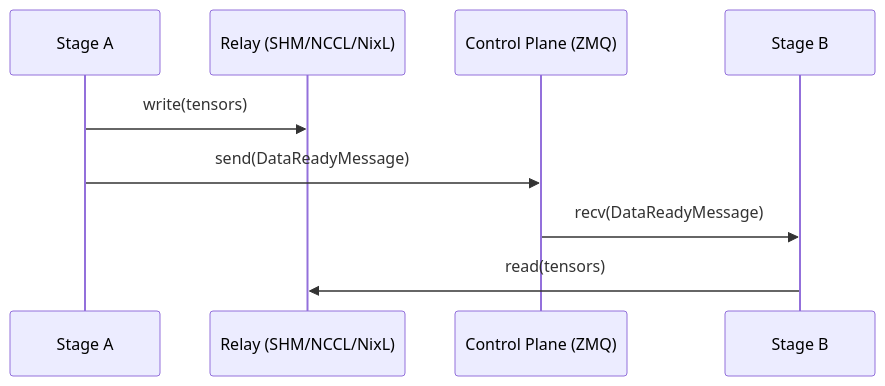
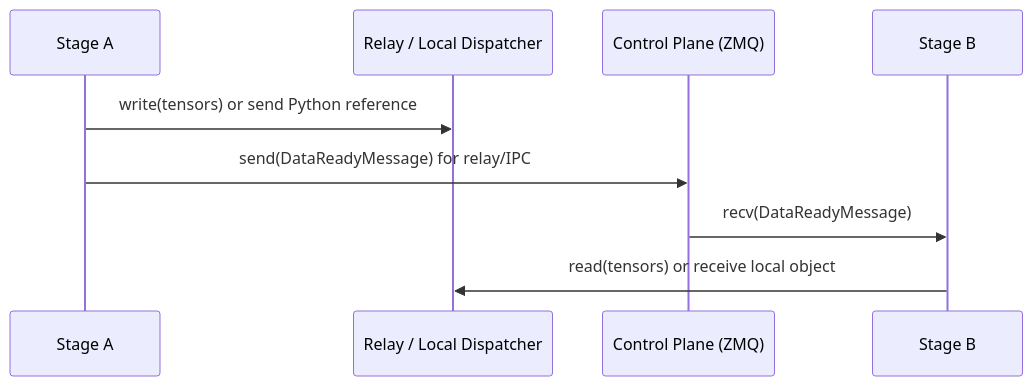
The second of 7 diagrams in _sources/design/refactor_rfc.md (estellaliu233/sglang-omni), drawn with Mermaid before and after one commit. The commit also changed other lines of this file and 48 other files, not shown here.

````diff
--- a/_sources/design/refactor_rfc.md
+++ b/_sources/design/refactor_rfc.md
@@ -190,11 +196,11 @@
 ```mermaid
 sequenceDiagram
    participant A as Stage A
-   participant Relay as Relay (SHM/NCCL/NixL)
+   participant Relay as Relay / Local Dispatcher
    participant ZMQ as Control Plane (ZMQ)
    participant B as Stage B
-   A->>Relay: write(tensors)
-   A->>ZMQ: send(DataReadyMessage)
+   A->>Relay: write(tensors) or send Python reference
+   A->>ZMQ: send(DataReadyMessage) for relay/IPC
    ZMQ->>B: recv(DataReadyMessage)
-   B->>Relay: read(tensors)
+   B->>Relay: read(tensors) or receive local object
 ```
````
